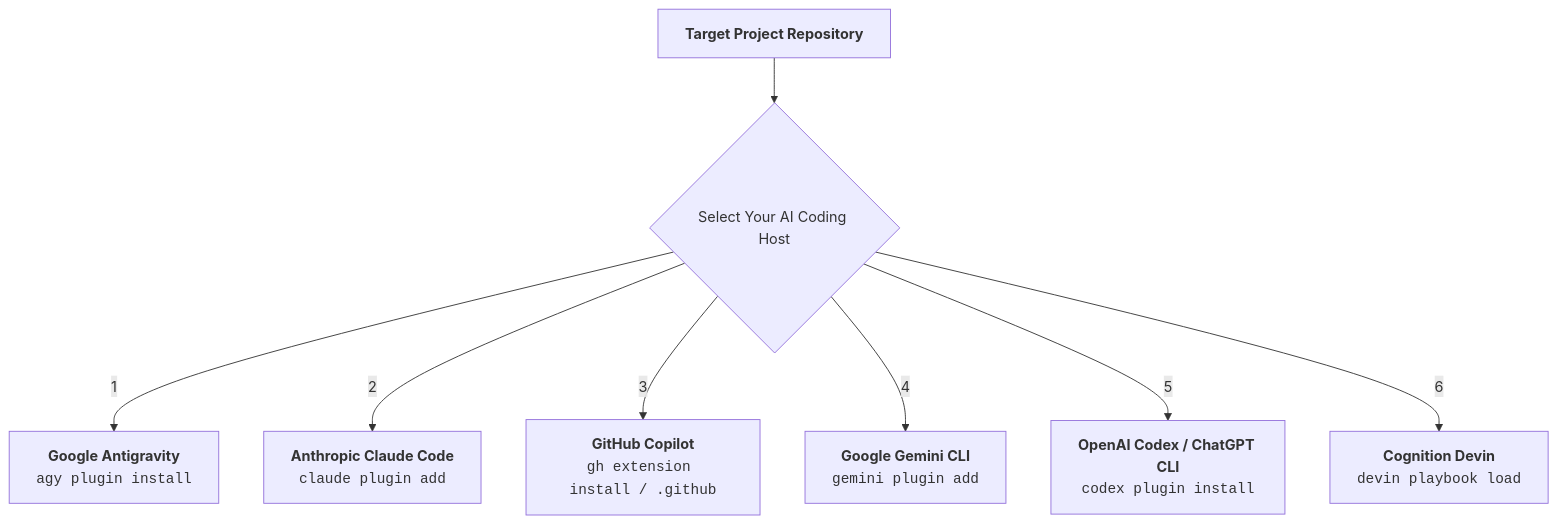
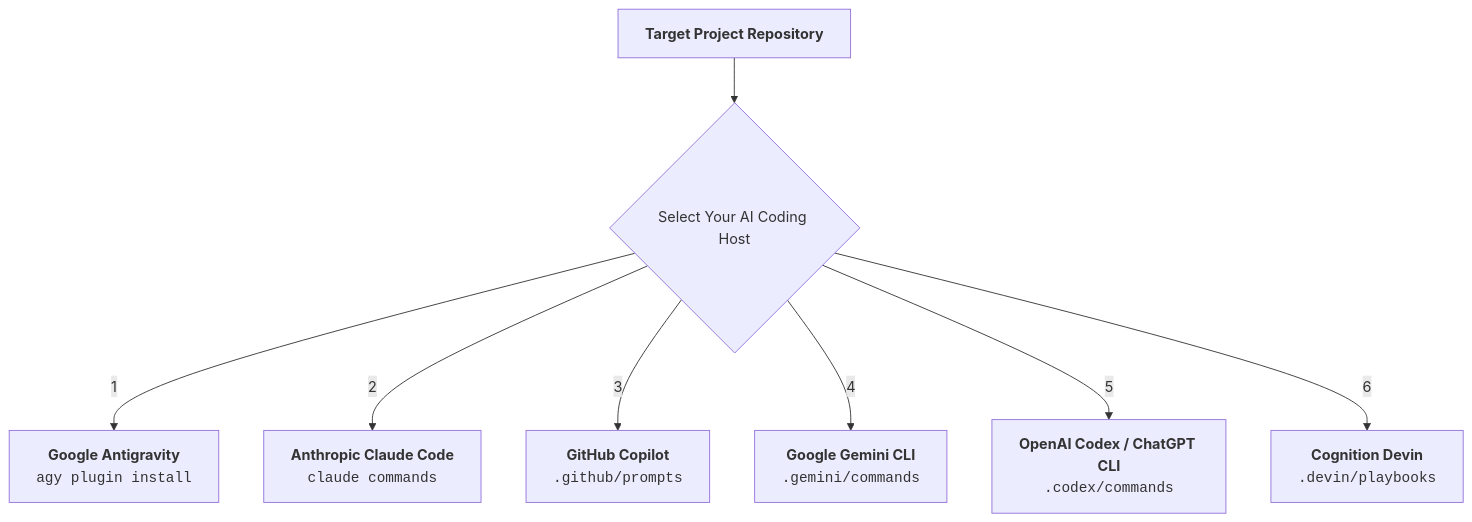
Before and after one commit to paarthivnaik/DevWeave: the diagram in docs/installation-guide.md, drawn with Mermaid. The commit also changed other lines of this file and 3 other files, not shown here.

````diff
--- a/docs/installation-guide.md
+++ b/docs/installation-guide.md
@@ -11,11 +15,11 @@
 ```mermaid
 flowchart TD
     DEV["<b>Target Project Repository</b>"] --> HOST{"Select Your AI Coding Host"}
 
     HOST -->|1| AGY["<b>Google Antigravity</b><br><code>agy plugin install</code>"]
-    HOST -->|2| CLAUDE["<b>Anthropic Claude Code</b><br><code>claude plugin add</code>"]
-    HOST -->|3| COPILOT["<b>GitHub Copilot</b><br><code>gh extension install / .github</code>"]
-    HOST -->|4| GEMINI["<b>Google Gemini CLI</b><br><code>gemini plugin add</code>"]
-    HOST -->|5| CODEX["<b>OpenAI Codex / ChatGPT CLI</b><br><code>codex plugin install</code>"]
-    HOST -->|6| DEVIN["<b>Cognition Devin</b><br><code>devin playbook load</code>"]
+    HOST -->|2| CLAUDE["<b>Anthropic Claude Code</b><br><code>claude commands</code>"]
+    HOST -->|3| COPILOT["<b>GitHub Copilot</b><br><code>.github/prompts</code>"]
+    HOST -->|4| GEMINI["<b>Google Gemini CLI</b><br><code>.gemini/commands</code>"]
+    HOST -->|5| CODEX["<b>OpenAI Codex / ChatGPT CLI</b><br><code>.codex/commands</code>"]
+    HOST -->|6| DEVIN["<b>Cognition Devin</b><br><code>.devin/playbooks</code>"]
 ```
````
